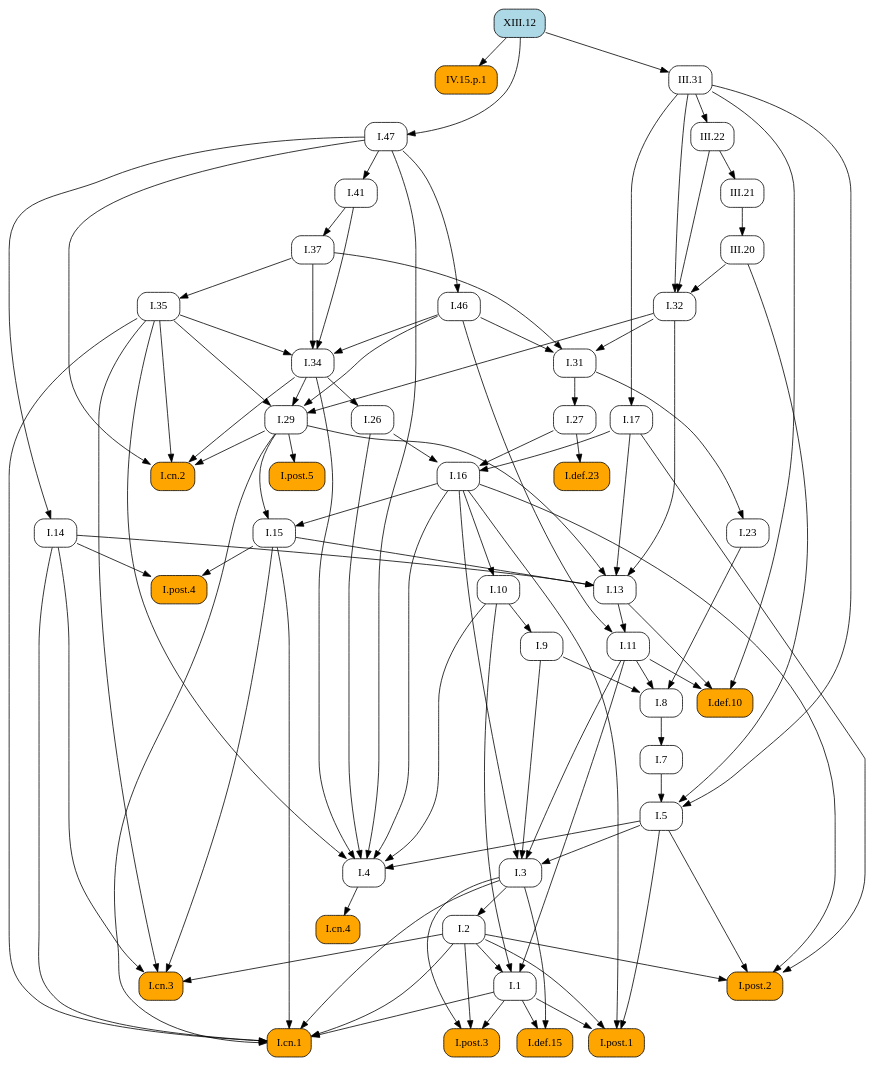
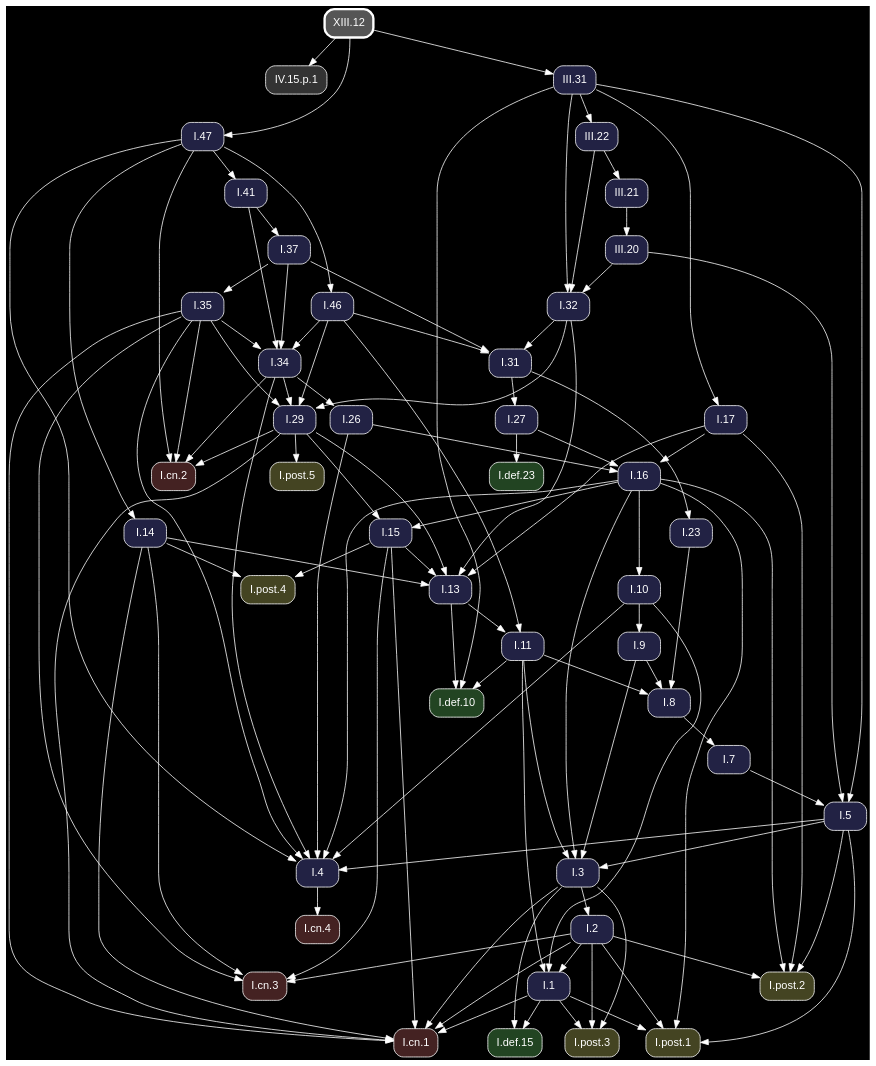
The diagram in docsrc/heath/XIII/12/index.rst (geometor/elements), drawn with Graphviz before and after one commit. The commit also changed other lines of this file and 1200 other files, not shown here.

Commit message:
update dependency graphs

```diff
--- a/docsrc/heath/XIII/12/index.rst
+++ b/docsrc/heath/XIII/12/index.rst
@@ -41,88 +41,66 @@
 .. graphviz::
 
    digraph {
+     bgcolor="black";
+     node [shape=box, style="rounded,filled", fontname="Helvetica", color="white", fontcolor="white"];
+     edge [color="white", fontcolor="white"];
      rankdir="TB";
-     node [shape=box, style=rounded];
-     "I.23" [URL="/heath/I/23/", target="_top"];
-     "I.9" [URL="/heath/I/9/", target="_top"];
-     "I.32" [URL="/heath/I/32/", target="_top"];
-     "I.def.15" [style="rounded,filled", fillcolor=orange, URL="/heath/I/def.15/", target="_top"];
-     "IV.15.p.1" [style="rounded,filled", fillcolor=orange];
-     "I.47" [URL="/heath/I/47/", target="_top"];
-     "I.post.3" [style="rounded,filled", fillcolor=orange, URL="/heath/I/post.3/", target="_top"];
-     "I.post.1" [style="rounded,filled", fillcolor=orange, URL="/heath/I/post.1/", target="_top"];
-     "III.20" [URL="/heath/III/20/", target="_top"];
-     "I.31" [URL="/heath/I/31/", target="_top"];
-     "III.22" [URL="/heath/III/22/", target="_top"];
-     "I.def.10" [style="rounded,filled", fillcolor=orange, URL="/heath/I/def.10/", target="_top"];
-     "XIII.12" [style="rounded,filled", fillcolor=lightblue, URL="/heath/XIII/12/", target="_top"];
-     "I.27" [URL="/heath/I/27/", target="_top"];
-     "I.14" [URL="/heath/I/14/", target="_top"];
-     "I.34" [URL="/heath/I/34/", target="_top"];
-     "I.3" [URL="/heath/I/3/", target="_top"];
-     "I.35" [URL="/heath/I/35/", target="_top"];
-     "I.cn.1" [style="rounded,filled", fillcolor=orange, URL="/heath/I/cn.1/", target="_top"];
-     "I.7" [URL="/heath/I/7/", target="_top"];
-     "I.2" [URL="/heath/I/2/", target="_top"];
-     "I.13" [URL="/heath/I/13/", target="_top"];
-     "I.post.4" [style="rounded,filled", fillcolor=orange, URL="/heath/I/post.4/", target="_top"];
-     "I.4" [URL="/heath/I/4/", target="_top"];
-     "I.1" [URL="/heath/I/1/", target="_top"];
-     "I.5" [URL="/heath/I/5/", target="_top"];
-     "I.17" [URL="/heath/I/17/", target="_top"];
-     "I.37" [URL="/heath/I/37/", target="_top"];
-     "I.8" [URL="/heath/I/8/", target="_top"];
-     "I.cn.3" [style="rounded,filled", fillcolor=orange, URL="/heath/I/cn.3/", target="_top"];
-     "I.29" [URL="/heath/I/29/", target="_top"];
-     "I.16" [URL="/heath/I/16/", target="_top"];
-     "III.31" [URL="/heath/III/31/", target="_top"];
-     "I.15" [URL="/heath/I/15/", target="_top"];
-     "I.10" [URL="/heath/I/10/", target="_top"];
-     "I.11" [URL="/heath/I/11/", target="_top"];
-     "I.def.23" [style="rounded,filled", fillcolor=orange, URL="/heath/I/def.23/", target="_top"];
-     "I.cn.2" [style="rounded,filled", fillcolor=orange, URL="/heath/I/cn.2/", target="_top"];
-     "I.post.5" [style="rounded,filled", fillcolor=orange, URL="/heath/I/post.5/", target="_top"];
-     "I.cn.4" [style="rounded,filled", fillcolor=orange, URL="/heath/I/cn.4/", target="_top"];
-     "III.21" [URL="/heath/III/21/", target="_top"];
-     "I.41" [URL="/heath/I/41/", target="_top"];
-     "I.post.2" [style="rounded,filled", fillcolor=orange, URL="/heath/I/post.2/", target="_top"];
-     "I.46" [URL="/heath/I/46/", target="_top"];
-     "I.26" [URL="/heath/I/26/", target="_top"];
-     "I.31" -> "I.23";
-     "I.10" -> "I.9";
+     "IV.15.p.1" [fillcolor="#333333"];
+     "I.31" [fillcolor="#222244", URL="/heath/I/31/", target="_top"];
+     "I.32" [fillcolor="#222244", URL="/heath/I/32/", target="_top"];
+     "I.3" [fillcolor="#222244", URL="/heath/I/3/", target="_top"];
+     "I.cn.1" [fillcolor="#442222", URL="/heath/I/cn.1/", target="_top"];
+     "I.def.10" [fillcolor="#224422", URL="/heath/I/def.10/", target="_top"];
+     "I.15" [fillcolor="#222244", URL="/heath/I/15/", target="_top"];
+     "I.13" [fillcolor="#222244", URL="/heath/I/13/", target="_top"];
+     "I.27" [fillcolor="#222244", URL="/heath/I/27/", target="_top"];
+     "I.2" [fillcolor="#222244", URL="/heath/I/2/", target="_top"];
+     "I.41" [fillcolor="#222244", URL="/heath/I/41/", target="_top"];
+     "I.cn.2" [fillcolor="#442222", URL="/heath/I/cn.2/", target="_top"];
+     "I.9" [fillcolor="#222244", URL="/heath/I/9/", target="_top"];
+     "I.1" [fillcolor="#222244", URL="/heath/I/1/", target="_top"];
+     "I.post.5" [fillcolor="#444422", URL="/heath/I/post.5/", target="_top"];
+     "I.post.4" [fillcolor="#444422", URL="/heath/I/post.4/", target="_top"];
+     "I.23" [fillcolor="#222244", URL="/heath/I/23/", target="_top"];
+     "I.26" [fillcolor="#222244", URL="/heath/I/26/", target="_top"];
+     "I.8" [fillcolor="#222244", URL="/heath/I/8/", target="_top"];
+     "I.4" [fillcolor="#222244", URL="/heath/I/4/", target="_top"];
+     "I.7" [fillcolor="#222244", URL="/heath/I/7/", target="_top"];
+     "I.5" [fillcolor="#222244", URL="/heath/I/5/", target="_top"];
+     "I.10" [fillcolor="#222244", URL="/heath/I/10/", target="_top"];
+     "III.22" [fillcolor="#222244", URL="/heath/III/22/", target="_top"];
+     "I.46" [fillcolor="#222244", URL="/heath/I/46/", target="_top"];
+     "I.post.1" [fillcolor="#444422", URL="/heath/I/post.1/", target="_top"];
+     "I.11" [fillcolor="#222244", URL="/heath/I/11/", target="_top"];
+     "I.37" [fillcolor="#222244", URL="/heath/I/37/", target="_top"];
+     "I.16" [fillcolor="#222244", URL="/heath/I/16/", target="_top"];
+     "I.cn.3" [fillcolor="#442222", URL="/heath/I/cn.3/", target="_top"];
+     "XIII.12" [penwidth=3, color="white", fillcolor="#555555", URL="/heath/XIII/12/", target="_top"];
+     "III.21" [fillcolor="#222244", URL="/heath/III/21/", target="_top"];
+     "I.29" [fillcolor="#222244", URL="/heath/I/29/", target="_top"];
+     "I.post.2" [fillcolor="#444422", URL="/heath/I/post.2/", target="_top"];
+     "I.cn.4" [fillcolor="#442222", URL="/heath/I/cn.4/", target="_top"];
+     "I.47" [fillcolor="#222244", URL="/heath/I/47/", target="_top"];
+     "I.14" [fillcolor="#222244", URL="/heath/I/14/", target="_top"];
+     "I.35" [fillcolor="#222244", URL="/heath/I/35/", target="_top"];
+     "I.def.23" [fillcolor="#224422", URL="/heath/I/def.23/", target="_top"];
+     "III.31" [fillcolor="#222244", URL="/heath/III/31/", target="_top"];
+     "I.post.3" [fillcolor="#444422", URL="/heath/I/post.3/", target="_top"];
+     "I.34" [fillcolor="#222244", URL="/heath/I/34/", target="_top"];
+     "III.20" [fillcolor="#222244", URL="/heath/III/20/", target="_top"];
+     "I.def.15" [fillcolor="#224422", URL="/heath/I/def.15/", target="_top"];
+     "I.17" [fillcolor="#222244", URL="/heath/I/17/", target="_top"];
+     "XIII.12" -> "IV.15.p.1";
+     "I.32" -> "I.31";
+     "I.37" -> "I.31";
+     "I.46" -> "I.31";
      "III.20" -> "I.32";
      "III.22" -> "I.32";
      "III.31" -> "I.32";
-     "I.1" -> "I.def.15";
-     "I.3" -> "I.def.15";
-     "XIII.12" -> "IV.15.p.1";
-     "XIII.12" -> "I.47";
-     "I.1" -> "I.post.3";
-     "I.2" -> "I.post.3";
-     "I.3" -> "I.post.3";
-     "I.1" -> "I.post.1";
-     "I.2" -> "I.post.1";
-     "I.5" -> "I.post.1";
-     "I.16" -> "I.post.1";
-     "III.21" -> "III.20";
-     "I.32" -> "I.31";
-     "I.37" -> "I.31";
-     "I.46" -> "I.31";
-     "III.31" -> "III.22";
-     "I.11" -> "I.def.10";
-     "I.13" -> "I.def.10";
-     "III.31" -> "I.def.10";
-     "I.31" -> "I.27";
-     "I.47" -> "I.14";
-     "I.35" -> "I.34";
-     "I.37" -> "I.34";
-     "I.41" -> "I.34";
-     "I.46" -> "I.34";
      "I.5" -> "I.3";
      "I.9" -> "I.3";
      "I.11" -> "I.3";
      "I.16" -> "I.3";
-     "I.37" -> "I.35";
      "I.1" -> "I.cn.1";
      "I.2" -> "I.cn.1";
      "I.3" -> "I.cn.1";
@@ -130,15 +108,35 @@
      "I.15" -> "I.cn.1";
      "I.29" -> "I.cn.1";
      "I.35" -> "I.cn.1";
-     "I.8" -> "I.7";
-     "I.3" -> "I.2";
+     "I.11" -> "I.def.10";
+     "I.13" -> "I.def.10";
+     "III.31" -> "I.def.10";
+     "I.16" -> "I.15";
+     "I.29" -> "I.15";
      "I.14" -> "I.13";
      "I.15" -> "I.13";
      "I.17" -> "I.13";
      "I.29" -> "I.13";
      "I.32" -> "I.13";
+     "I.31" -> "I.27";
+     "I.3" -> "I.2";
+     "I.47" -> "I.41";
+     "I.29" -> "I.cn.2";
+     "I.34" -> "I.cn.2";
+     "I.35" -> "I.cn.2";
+     "I.47" -> "I.cn.2";
+     "I.10" -> "I.9";
+     "I.2" -> "I.1";
+     "I.10" -> "I.1";
+     "I.11" -> "I.1";
+     "I.29" -> "I.post.5";
      "I.14" -> "I.post.4";
      "I.15" -> "I.post.4";
+     "I.31" -> "I.23";
+     "I.34" -> "I.26";
+     "I.9" -> "I.8";
+     "I.11" -> "I.8";
+     "I.23" -> "I.8";
      "I.5" -> "I.4";
      "I.10" -> "I.4";
      "I.16" -> "I.4";
@@ -146,47 +144,51 @@
      "I.34" -> "I.4";
      "I.35" -> "I.4";
      "I.47" -> "I.4";
-     "I.2" -> "I.1";
-     "I.10" -> "I.1";
-     "I.11" -> "I.1";
+     "I.8" -> "I.7";
      "I.7" -> "I.5";
      "III.20" -> "I.5";
      "III.31" -> "I.5";
-     "III.31" -> "I.17";
+     "I.16" -> "I.10";
+     "III.31" -> "III.22";
+     "I.47" -> "I.46";
+     "I.1" -> "I.post.1";
+     "I.2" -> "I.post.1";
+     "I.5" -> "I.post.1";
+     "I.16" -> "I.post.1";
+     "I.13" -> "I.11";
+     "I.46" -> "I.11";
      "I.41" -> "I.37";
-     "I.9" -> "I.8";
-     "I.11" -> "I.8";
-     "I.23" -> "I.8";
+     "I.17" -> "I.16";
+     "I.26" -> "I.16";
+     "I.27" -> "I.16";
      "I.2" -> "I.cn.3";
      "I.14" -> "I.cn.3";
      "I.15" -> "I.cn.3";
      "I.35" -> "I.cn.3";
+     "III.22" -> "III.21";
      "I.32" -> "I.29";
      "I.34" -> "I.29";
      "I.35" -> "I.29";
      "I.46" -> "I.29";
-     "I.17" -> "I.16";
-     "I.26" -> "I.16";
-     "I.27" -> "I.16";
-     "XIII.12" -> "III.31";
-     "I.16" -> "I.15";
-     "I.29" -> "I.15";
-     "I.16" -> "I.10";
-     "I.13" -> "I.11";
-     "I.46" -> "I.11";
-     "I.27" -> "I.def.23";
-     "I.29" -> "I.cn.2";
-     "I.34" -> "I.cn.2";
-     "I.35" -> "I.cn.2";
-     "I.47" -> "I.cn.2";
-     "I.29" -> "I.post.5";
-     "I.4" -> "I.cn.4";
-     "III.22" -> "III.21";
-     "I.47" -> "I.41";
      "I.2" -> "I.post.2";
      "I.5" -> "I.post.2";
      "I.16" -> "I.post.2";
      "I.17" -> "I.post.2";
-     "I.47" -> "I.46";
-     "I.34" -> "I.26";
+     "I.4" -> "I.cn.4";
+     "XIII.12" -> "I.47";
+     "I.47" -> "I.14";
+     "I.37" -> "I.35";
+     "I.27" -> "I.def.23";
+     "XIII.12" -> "III.31";
+     "I.1" -> "I.post.3";
+     "I.2" -> "I.post.3";
+     "I.3" -> "I.post.3";
+     "I.35" -> "I.34";
+     "I.37" -> "I.34";
+     "I.41" -> "I.34";
+     "I.46" -> "I.34";
+     "III.21" -> "III.20";
+     "I.1" -> "I.def.15";
+     "I.3" -> "I.def.15";
+     "III.31" -> "I.17";
    }
```
